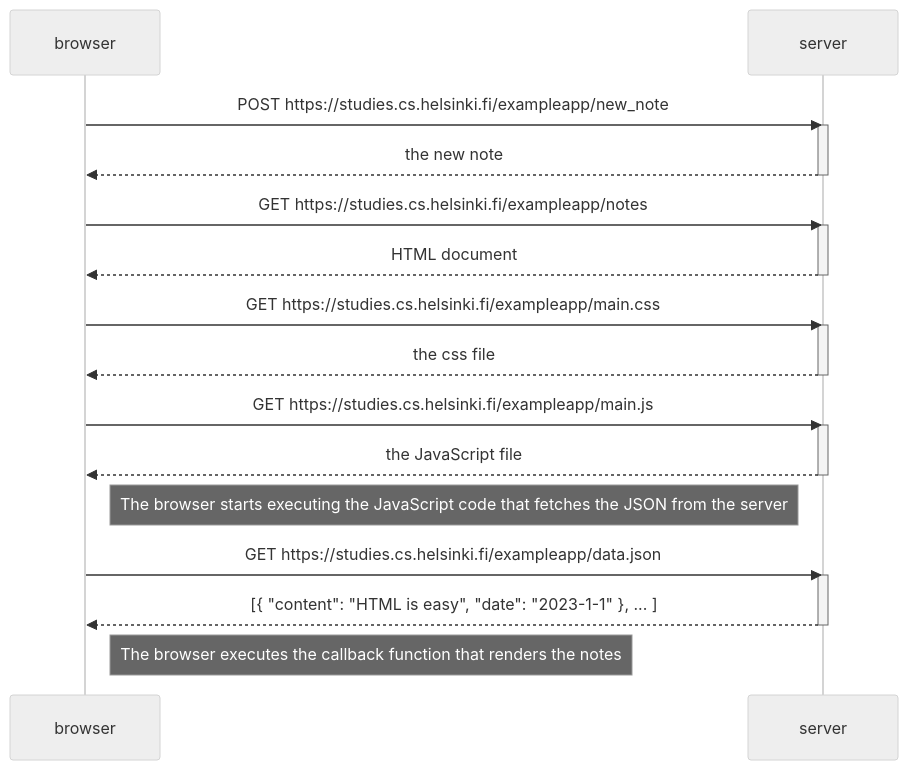
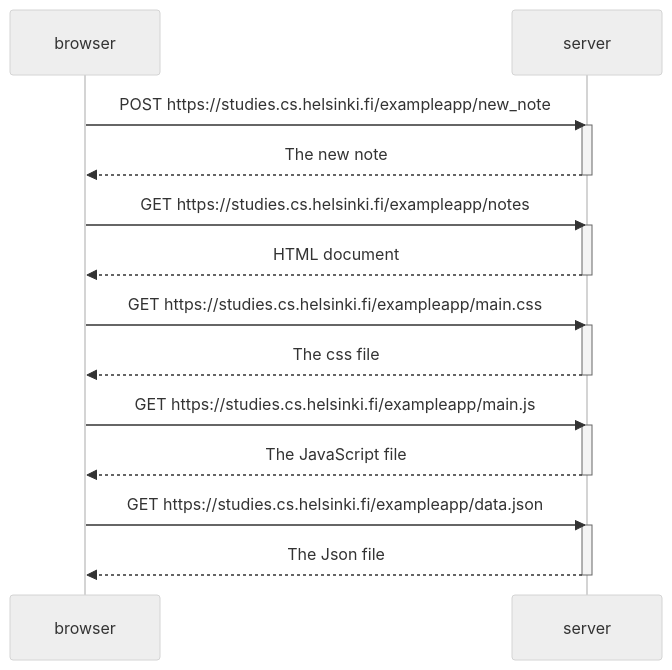
The diagram in parte0/ejercicio0-4.md (dvillaal/Full-Stack-Open), drawn with Mermaid (neutral theme) before and after one commit.

Commit message:
Definitive ejercicio0-4.md

````diff
--- a/parte0/ejercicio0-4.md
+++ b/parte0/ejercicio0-4.md
@@ -1,34 +1,30 @@
 ```mermaid
 sequenceDiagram
     participant browser
     participant server
 
     browser->>server: POST https://studies.cs.helsinki.fi/exampleapp/new_note
     activate server
-    server-->>browser: the new note
+    server-->>browser: The new note
     deactivate server
 
     browser->>server: GET https://studies.cs.helsinki.fi/exampleapp/notes
     activate server
     server-->>browser: HTML document
     deactivate server
 
     browser->>server: GET https://studies.cs.helsinki.fi/exampleapp/main.css
     activate server
-    server-->>browser: the css file
+    server-->>browser: The css file
     deactivate server
 
     browser->>server: GET https://studies.cs.helsinki.fi/exampleapp/main.js
     activate server
-    server-->>browser: the JavaScript file
+    server-->>browser: The JavaScript file
     deactivate server
-
-    Note right of browser: The browser starts executing the JavaScript code that fetches the JSON from the server
 
     browser->>server: GET https://studies.cs.helsinki.fi/exampleapp/data.json
     activate server
-    server-->>browser: [{ "content": "HTML is easy", "date": "2023-1-1" }, ... ]
+    server-->>browser: The Json file
     deactivate server
-
-    Note right of browser: The browser executes the callback function that renders the notes
 ```
````
